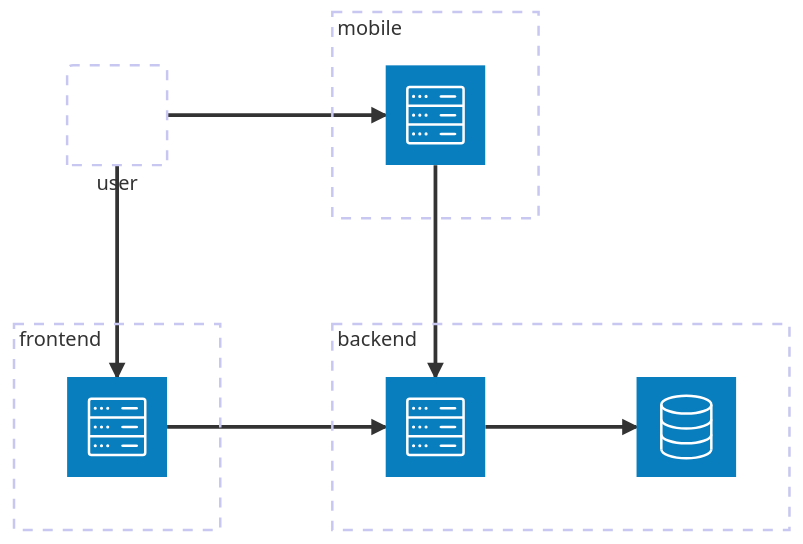
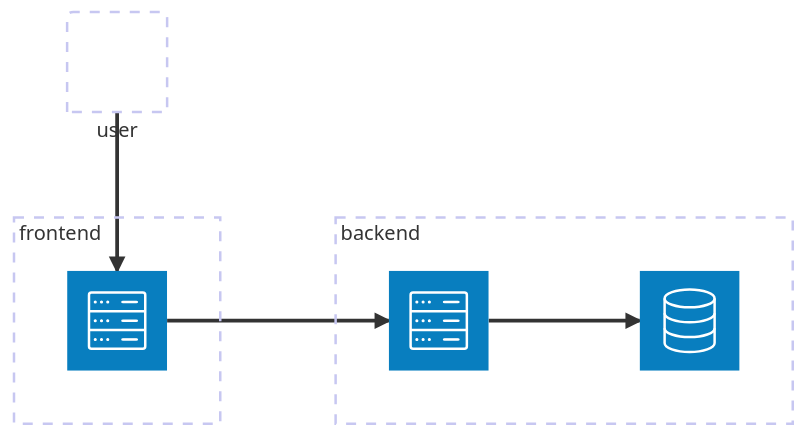
The diagram in README.md (Wisepiloo/HotelWithFlask), drawn with Mermaid before and after one commit. The commit also changed other lines of this file, not shown here.

````diff
--- a/README.md
+++ b/README.md
@@ -7,18 +7,14 @@
 ```mermaid
 architecture-beta
     group frontend[frontend]
     group backend[backend]
-    group mobile[mobile]
     
-    service serverMobile(server) in mobile
     service serverFrontend(server) in frontend
     service serverBackend(server) in backend
     service db(database) in backend
     service user[user]
     
     user:B --> T:serverFrontend
-    user:R --> L:serverMobile
     serverFrontend:R --> L:serverBackend
     serverBackend:R --> L:db
-    serverMobile:B --> T:serverBackend
 ```
````
